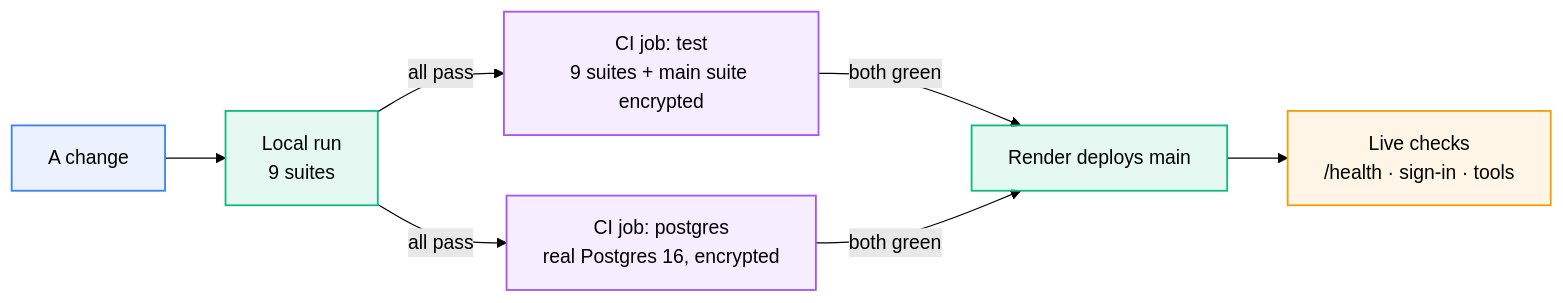
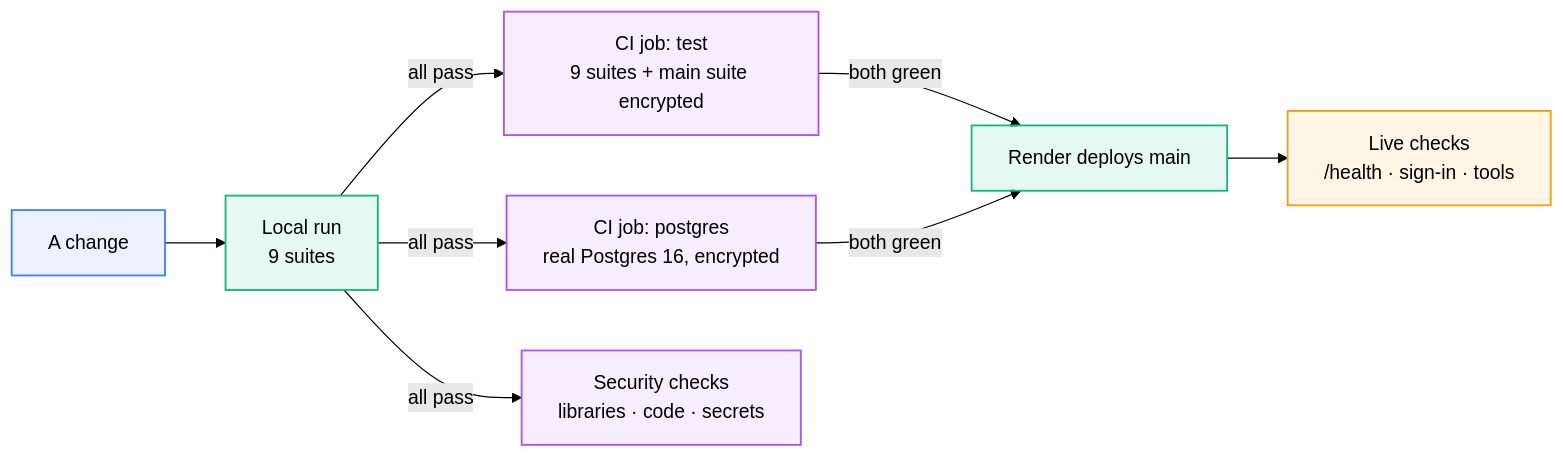
The first of 3 diagrams in docs/ENGINEERING.md (TusharSamantaray/career-copilot-mcp), drawn with Mermaid (forest theme) before and after one commit. The commit also changed other lines of this file and 12 other files, not shown here.

First line of the commit message:
ci: free security checks every push and every Monday

````diff
--- a/docs/ENGINEERING.md
+++ b/docs/ENGINEERING.md
@@ -15,17 +15,18 @@
 ```mermaid
 flowchart LR
   classDef copilot fill:#10B9811A,stroke:#10B981,stroke-width:1.5px
   classDef guard fill:#A855F71A,stroke:#A855F7,stroke-width:1.5px
   classDef store fill:#F59E0B1A,stroke:#F59E0B,stroke-width:1.5px
   classDef person fill:#3B82F61A,stroke:#3B82F6,stroke-width:1.5px
 
   change["A change"]:::person
   local["Local run<br/>9 suites"]:::copilot
   ci1["CI job: test<br/>9 suites + main suite encrypted"]:::guard
   ci2["CI job: postgres<br/>real Postgres 16, encrypted"]:::guard
+  sec["Security checks<br/>libraries · code · secrets"]:::guard
   deploy["Render deploys main"]:::copilot
   live["Live checks<br/>/health · sign-in · tools"]:::store
 
-  change --> local -- "all pass" --> ci1 & ci2
+  change --> local -- "all pass" --> ci1 & ci2 & sec
   ci1 & ci2 -- "both green" --> deploy --> live
 ```
````
